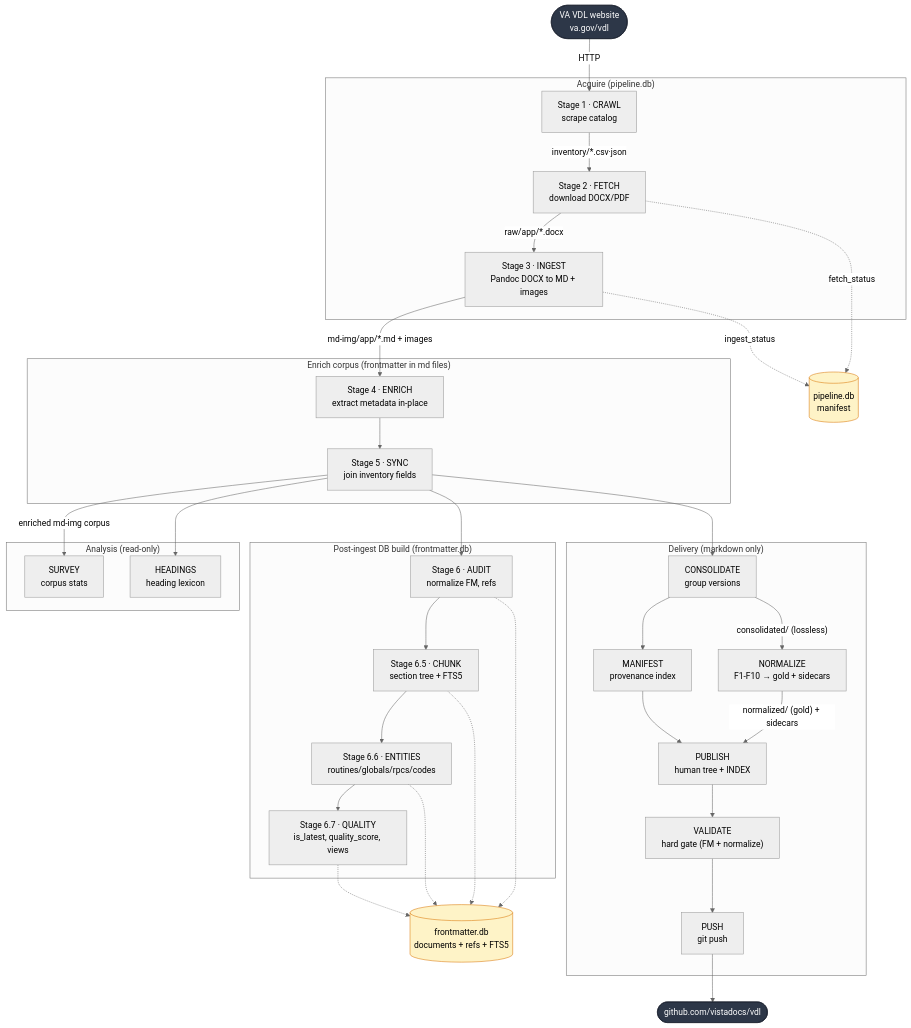
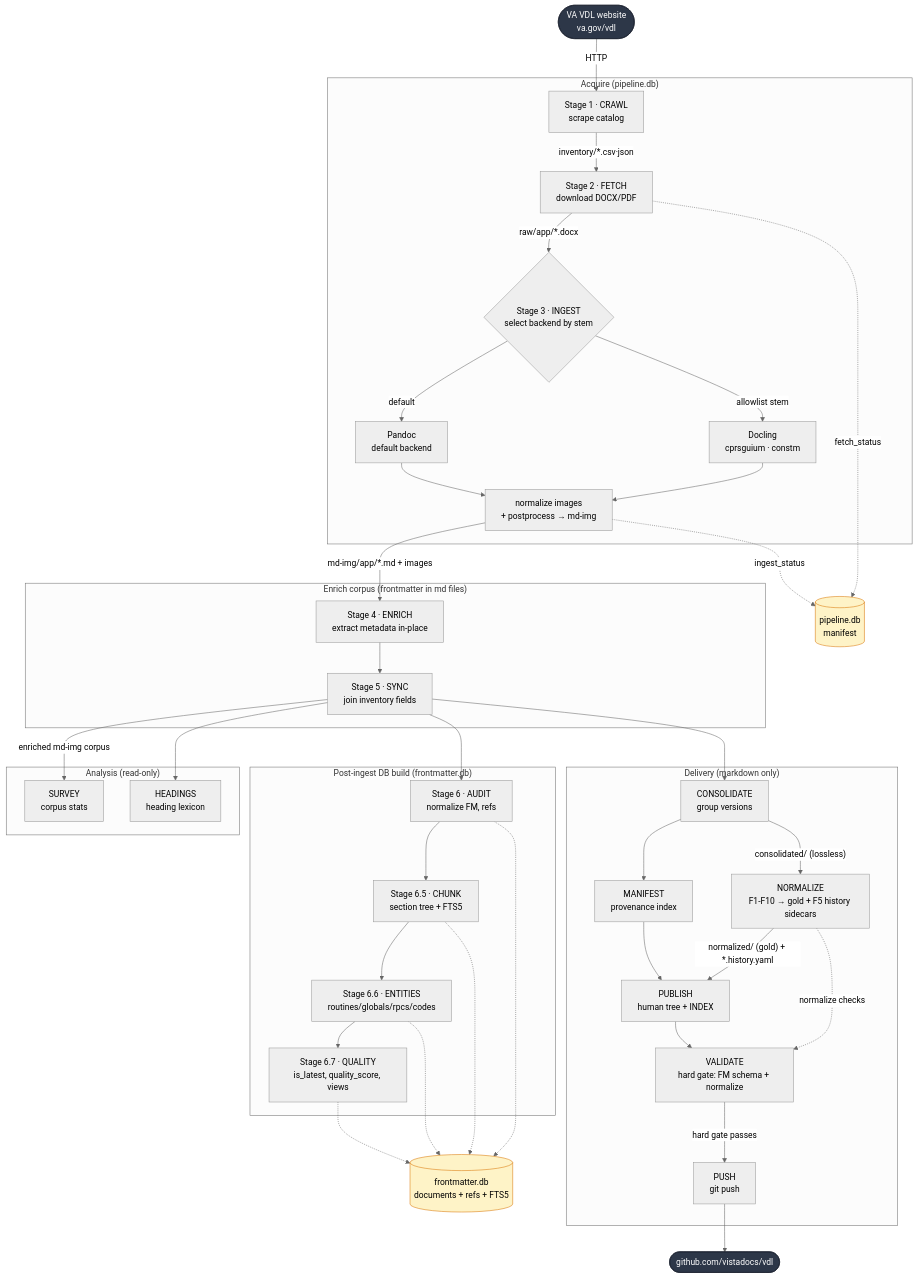
The diagram in docs/vdl-arch-overview.md (rafael5/vista-docs), drawn with Mermaid (neutral theme) before and after one commit. The commit also changed other lines of this file, not shown here.

First line of the commit message:
docs: refresh arch overview — Docling ingest path, FM schema gate, history sidecars

````diff
--- a/docs/vdl-arch-overview.md
+++ b/docs/vdl-arch-overview.md
@@ -39,64 +46,73 @@
 ```mermaid
 flowchart TD
     VDL([VA VDL website<br/>va.gov/vdl]):::ext
 
     subgraph ACQUIRE["Acquire (pipeline.db)"]
         S1["Stage 1 · CRAWL<br/>scrape catalog"]
         S2["Stage 2 · FETCH<br/>download DOCX/PDF"]
-        S3["Stage 3 · INGEST<br/>Pandoc DOCX to MD + images"]
+        S3{"Stage 3 · INGEST<br/>select backend by stem"}
+        S3P["Pandoc<br/>default backend"]
+        S3D["Docling<br/>cprsguium · constm"]
+        S3M["normalize images<br/>+ postprocess → md-img"]
     end
 
     subgraph ENRICHGRP["Enrich corpus (frontmatter in md files)"]
         S4["Stage 4 · ENRICH<br/>extract metadata in-place"]
         S5["Stage 5 · SYNC<br/>join inventory fields"]
     end
 
     subgraph ANALYZE["Analysis (read-only)"]
         SUR["SURVEY<br/>corpus stats"]
         HEAD["HEADINGS<br/>heading lexicon"]
     end
 
     subgraph DBBUILD["Post-ingest DB build (frontmatter.db)"]
         S6["Stage 6 · AUDIT<br/>normalize FM, refs"]
         S65["Stage 6.5 · CHUNK<br/>section tree + FTS5"]
         S66["Stage 6.6 · ENTITIES<br/>routines/globals/rpcs/codes"]
         S67["Stage 6.7 · QUALITY<br/>is_latest, quality_score, views"]
     end
 
     subgraph DELIVER["Delivery (markdown only)"]
         CON["CONSOLIDATE<br/>group versions"]
         MAN["MANIFEST<br/>provenance index"]
-        NORM["NORMALIZE<br/>F1-F10 → gold + sidecars"]
+        NORM["NORMALIZE<br/>F1-F10 → gold + F5 history sidecars"]
         PUB["PUBLISH<br/>human tree + INDEX"]
-        VAL["VALIDATE<br/>hard gate (FM + normalize)"]
+        VAL["VALIDATE<br/>hard gate: FM schema + normalize"]
         PUSH["PUSH<br/>git push"]
     end
 
     GH([github.com/vistadocs/vdl]):::ext
 
     VDL -->|HTTP| S1
     S1 -->|"inventory/*.csv·json"| S2
     S2 -->|"raw/app/*.docx"| S3
-    S3 -->|"md-img/app/*.md + images"| S4
+    S3 -->|"default"| S3P
+    S3 -->|"allowlist stem"| S3D
+    S3P --> S3M
+    S3D --> S3M
+    S3M -->|"md-img/app/*.md + images"| S4
     S4 --> S5
 
     S5 -->|"enriched md-img corpus"| SUR
     S5 --> HEAD
     S5 --> S6
     S6 --> S65 --> S66 --> S67
 
-    S5 --> CON --> MAN --> PUB --> VAL --> PUSH --> GH
-    CON -->|"consolidated/ (lossless)"| NORM -->|"normalized/ (gold) + sidecars"| PUB
+    S5 --> CON --> MAN --> PUB --> VAL
+    VAL -->|"hard gate passes"| PUSH --> GH
+    CON -->|"consolidated/ (lossless)"| NORM -->|"normalized/ (gold) + *.history.yaml"| PUB
+    NORM -.->|"normalize checks"| VAL
 
     PL[("pipeline.db<br/>manifest")]:::db
     FM[("frontmatter.db<br/>documents + refs + FTS5")]:::db
     S2 -.fetch_status.-> PL
-    S3 -.ingest_status.-> PL
+    S3M -.ingest_status.-> PL
     S6 -.-> FM
     S65 -.-> FM
     S66 -.-> FM
     S67 -.-> FM
 
     classDef ext fill:#2d3748,color:#fff,stroke:#1a202c;
     classDef db fill:#fef3c7,color:#000,stroke:#d97706;
 ```
````
